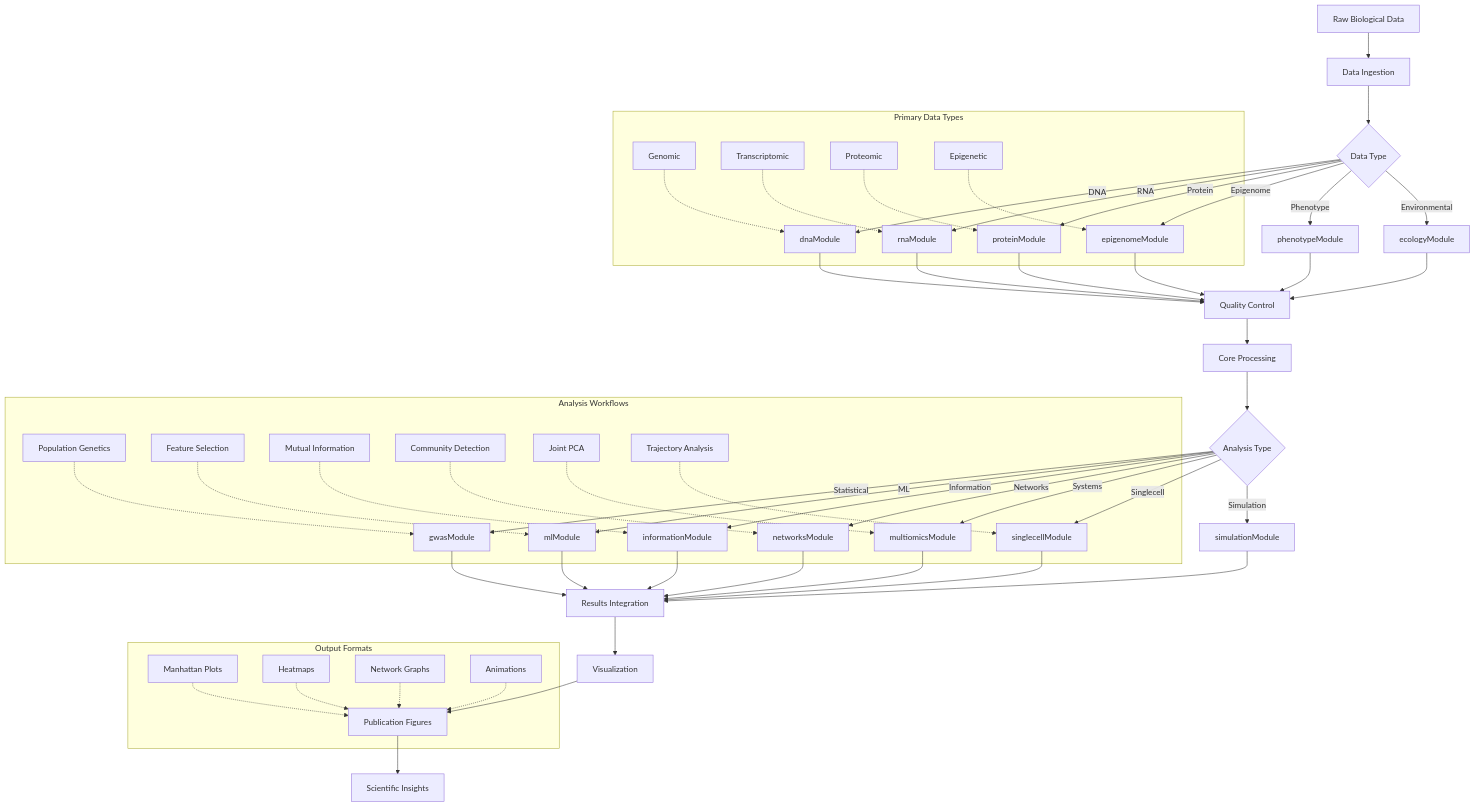
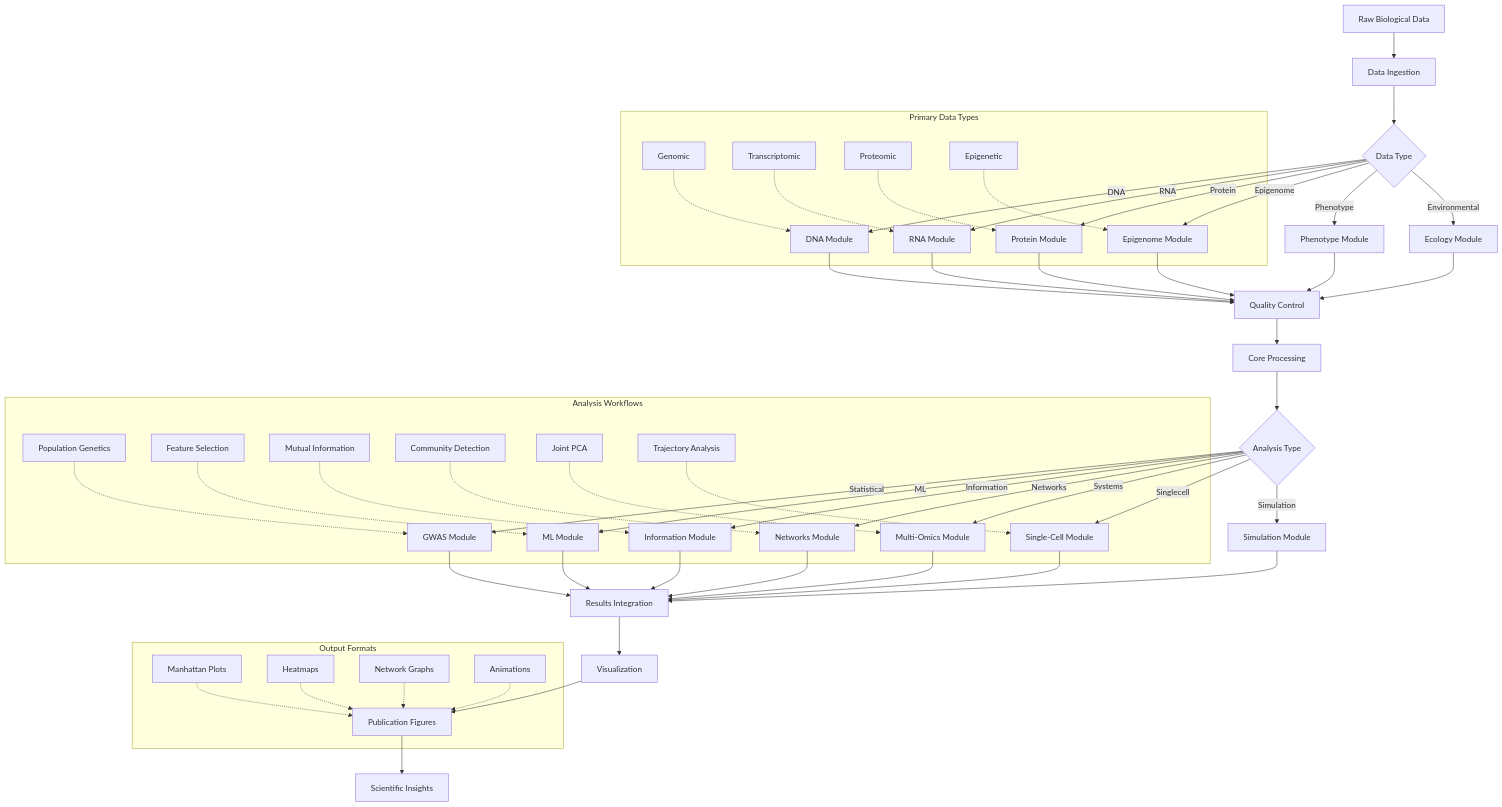
The second of 4 diagrams in README.md (docxology/MetaInformAnt), drawn with Mermaid before and after one commit. The commit also changed other lines of this file and 302 other files, not shown here.

````diff
--- a/README.md
+++ b/README.md
@@ -100,65 +117,65 @@
 ```mermaid
 graph TD
-    ArawBiologicalData[Raw Biological Data] --> BdataIngestion[Data Ingestion]
-    BdataIngestion --> C{Data Type}
+    A["Raw Biological Data"] --> B["Data Ingestion"]
+    B --> C{Data Type}
 
-    C -->|DNA| D[dnaModule]
-    C -->|RNA| E[rnaModule]
-    C -->|Protein| F[proteinModule]
-    C -->|Epigenome| G[epigenomeModule]
-    C -->|Phenotype| H[phenotypeModule]
-    C -->|Environmental| I[ecologyModule]
+    C -->|DNA| D["DNA Module"]
+    C -->|RNA| E["RNA Module"]
+    C -->|Protein| F["Protein Module"]
+    C -->|Epigenome| G["Epigenome Module"]
+    C -->|Phenotype| H["Phenotype Module"]
+    C -->|Environmental| I["Ecology Module"]
 
-    D --> JqualityControl[Quality Control]
-    E --> JqualityControl
-    F --> JqualityControl
-    G --> JqualityControl
-    H --> JqualityControl
-    I --> JqualityControl
+    D --> J["Quality Control"]
+    E --> J
+    F --> J
+    G --> J
+    H --> J
+    I --> J
 
-    JqualityControl --> KcoreProcessing[Core Processing]
-    KcoreProcessing --> L{Analysis Type}
+    J --> K["Core Processing"]
+    K --> L{Analysis Type}
 
-    L -->|Statistical| M[gwasModule]
-    L -->|ML| N[mlModule]
-    L -->|Information| O[informationModule]
-    L -->|Networks| P[networksModule]
-    L -->|Systems| Q[multiomicsModule]
-    L -->|Singlecell| R[singlecellModule]
-    L -->|Simulation| S[simulationModule]
+    L -->|Statistical| M["GWAS Module"]
+    L -->|ML| N["ML Module"]
+    L -->|Information| O["Information Module"]
+    L -->|Networks| P["Networks Module"]
+    L -->|Systems| Q["Multi-Omics Module"]
+    L -->|Singlecell| R["Single-Cell Module"]
+    L -->|Simulation| S["Simulation Module"]
 
-    M --> TresultsIntegration[Results Integration]
-    N --> TresultsIntegration
-    O --> TresultsIntegration
-    P --> TresultsIntegration
-    Q --> TresultsIntegration
-    R --> TresultsIntegration
-    S --> TresultsIntegration
+    M --> T["Results Integration"]
+    N --> T
+    O --> T
+    P --> T
+    Q --> T
+    R --> T
+    S --> T
 
-    TresultsIntegration --> U[Visualization]
-    U --> VpublicationFigures[Publication Figures]
-    VpublicationFigures --> WscientificInsights[Scientific Insights]
+    T --> U["Visualization"]
+    U --> V["Publication Figures"]
+    V --> W["Scientific Insights"]
 
     subgraph "Primary Data Types"
-        X[Genomic] -.-> D
-        Y[Transcriptomic] -.-> E
-        Z[Proteomic] -.-> F
-        AA[Epigenetic] -.-> G
+        X["Genomic"] -.-> D
+        Y["Transcriptomic"] -.-> E
+        Z["Proteomic"] -.-> F
+        AA["Epigenetic"] -.-> G
     end
 
     subgraph "Analysis Workflows"
-        BBpopulationGenetics[Population Genetics] -.-> M
-        CCfeatureSelection[Feature Selection] -.-> N
-        DDmutualInformation[Mutual Information] -.-> O
-        EEcommunityDetection[Community Detection] -.-> P
-        FFjointPca[Joint PCA] -.-> Q
-        GGtrajectoryAnalysis[Trajectory Analysis] -.-> R
+        BB["Population Genetics"] -.-> M
+        CC["Feature Selection"] -.-> N
+        DD["Mutual Information"] -.-> O
+        EE["Community Detection"] -.-> P
+        FF["Joint PCA"] -.-> Q
+        GG["Trajectory Analysis"] -.-> R
     end
 
     subgraph "Output Formats"
-        HHmanhattanPlots[Manhattan Plots] -.-> VpublicationFigures
-        II[Heatmaps] -.-> VpublicationFigures
-        JJnetworkGraphs[Network Graphs] -.-> VpublicationFigures
-        KK[Animations] -.-> VpublicationFigures
+        HH["Manhattan Plots"] -.-> V
+        II["Heatmaps"] -.-> V
+        JJ["Network Graphs"] -.-> V
+        KK["Animations"] -.-> V
     end
 ```
````
